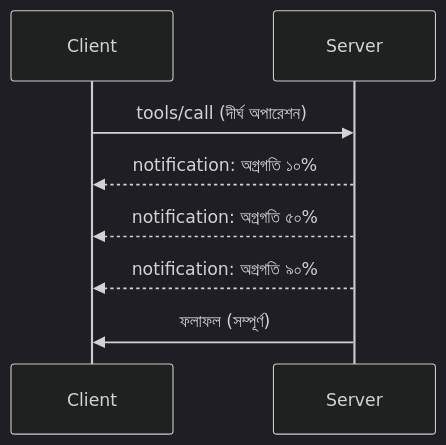
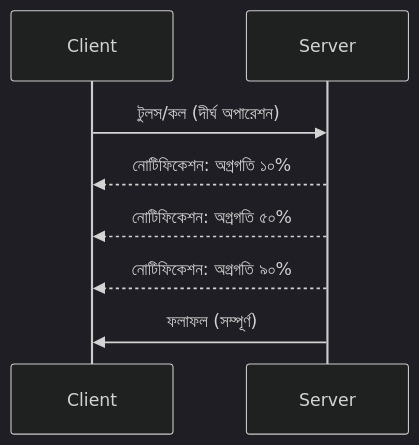
Before and after one commit to HIDORAKAI002/ai-workspace-archive: the diagram in mcp_ecosystem__model_context_protocol/mcp_learning_resources/mcp-for-beginners/translations/bn/05-AdvancedTopics/mcp-protocol-features/README.md, drawn with Mermaid (dark theme). The commit also changed other lines of this file and 1046 other files, not shown here.

````diff
--- a/mcp_ecosystem__model_context_protocol/mcp_learning_resources/mcp-for-beginners/translations/bn/05-AdvancedTopics/mcp-protocol-features/README.md
+++ b/mcp_ecosystem__model_context_protocol/mcp_learning_resources/mcp-for-beginners/translations/bn/05-AdvancedTopics/mcp-protocol-features/README.md
@@ -22,11 +24,11 @@
 ```mermaid
 sequenceDiagram
     participant Client
     participant Server
     
-    Client->>Server: tools/call (দীর্ঘ অপারেশন)
-    Server-->>Client: notification: অগ্রগতি ১০%
-    Server-->>Client: notification: অগ্রগতি ৫০%
-    Server-->>Client: notification: অগ্রগতি ৯০%
+    Client->>Server: টুলস/কল (দীর্ঘ অপারেশন)
+    Server-->>Client: নোটিফিকেশন: অগ্রগতি ১০%
+    Server-->>Client: নোটিফিকেশন: অগ্রগতি ৫০%
+    Server-->>Client: নোটিফিকেশন: অগ্রগতি ৯০%
     Server->>Client: ফলাফল (সম্পূর্ণ)
 ```
````
